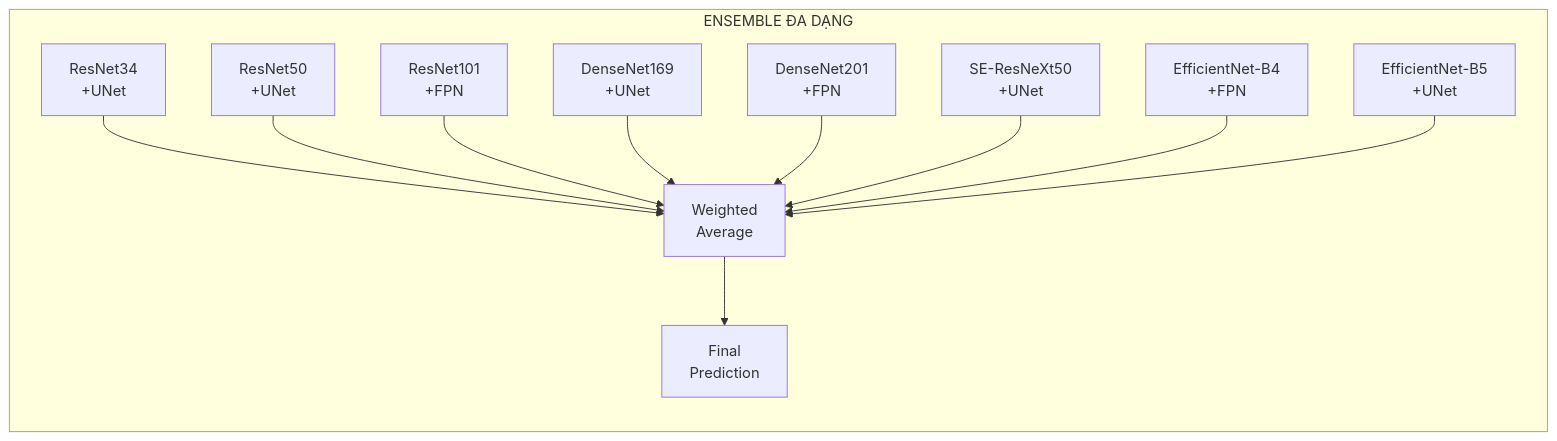
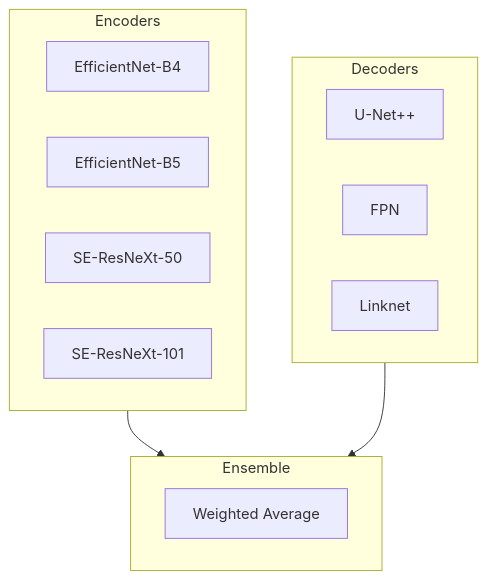
The first of 5 diagrams in research/chuong-06-xview-challenges/muc-02-xview2-building-damage/04-giai-ba.md (rerangst/geobayai_lab), drawn with Mermaid before and after one commit. The commit also changed other lines of this file and 18 other files, not shown here.

````diff
--- a/research/chuong-06-xview-challenges/muc-02-xview2-building-damage/04-giai-ba.md
+++ b/research/chuong-06-xview-challenges/muc-02-xview2-building-damage/04-giai-ba.md
@@ -88,26 +23,22 @@
 ```mermaid
 flowchart TB
-    subgraph ENSEMBLE["ENSEMBLE ĐA DẠNG"]
-        direction TB
+    subgraph ENCODERS["Encoders"]
+        E1["EfficientNet-B4"]
+        E2["EfficientNet-B5"]
+        E3["SE-ResNeXt-50"]
+        E4["SE-ResNeXt-101"]
+    end
 
-        E1["ResNet34<br/>+UNet"]
-        E2["ResNet50<br/>+UNet"]
-        E3["ResNet101<br/>+FPN"]
-        E4["DenseNet169<br/>+UNet"]
-        E5["DenseNet201<br/>+FPN"]
-        E6["SE-ResNeXt50<br/>+UNet"]
-        E7["EfficientNet-B4<br/>+FPN"]
-        E8["EfficientNet-B5<br/>+UNet"]
+    subgraph DECODERS["Decoders"]
+        D1["U-Net++"]
+        D2["FPN"]
+        D3["Linknet"]
+    end
 
-        E1 --> FUSE["Weighted<br/>Average"]
-        E2 --> FUSE
-        E3 --> FUSE
-        E4 --> FUSE
-        E5 --> FUSE
-        E6 --> FUSE
-        E7 --> FUSE
-        E8 --> FUSE
+    subgraph ENSEMBLE["Ensemble"]
+        AVG["Weighted Average"]
+    end
 
-        FUSE --> FINAL["Final<br/>Prediction"]
-    end
+    ENCODERS --> ENSEMBLE
+    DECODERS --> ENSEMBLE
 ```
````
